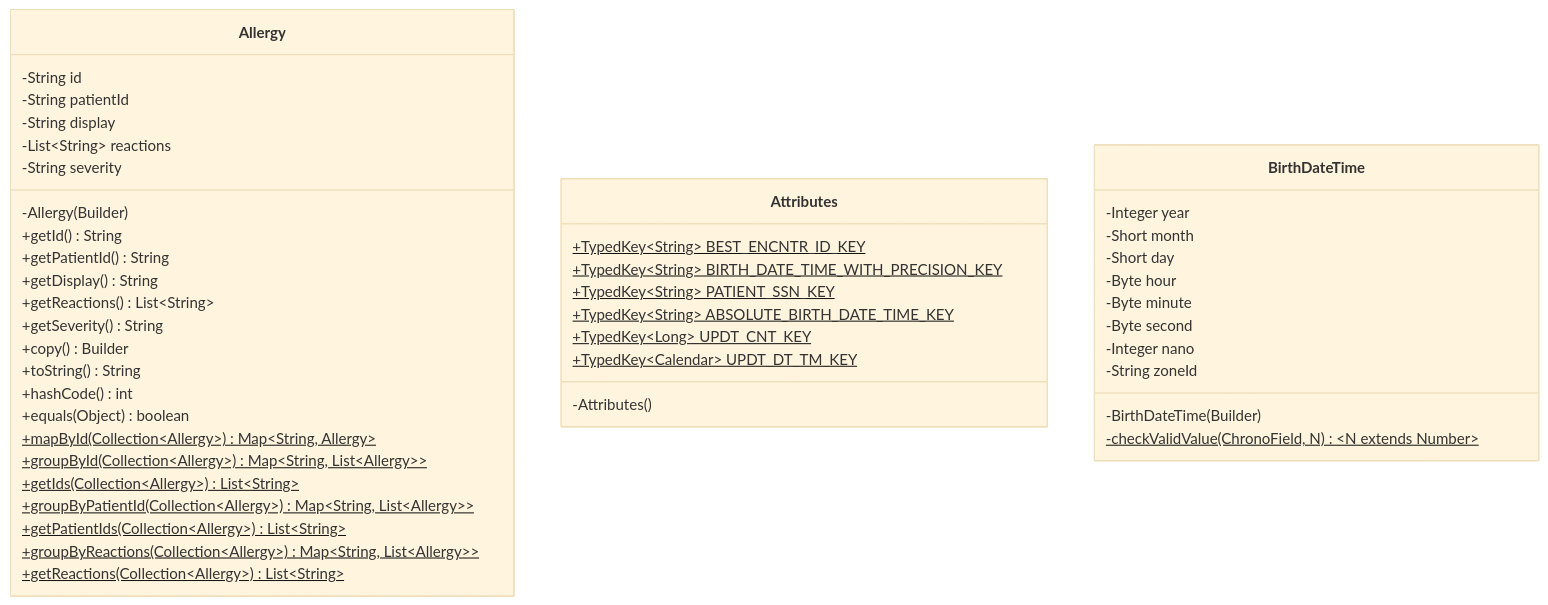
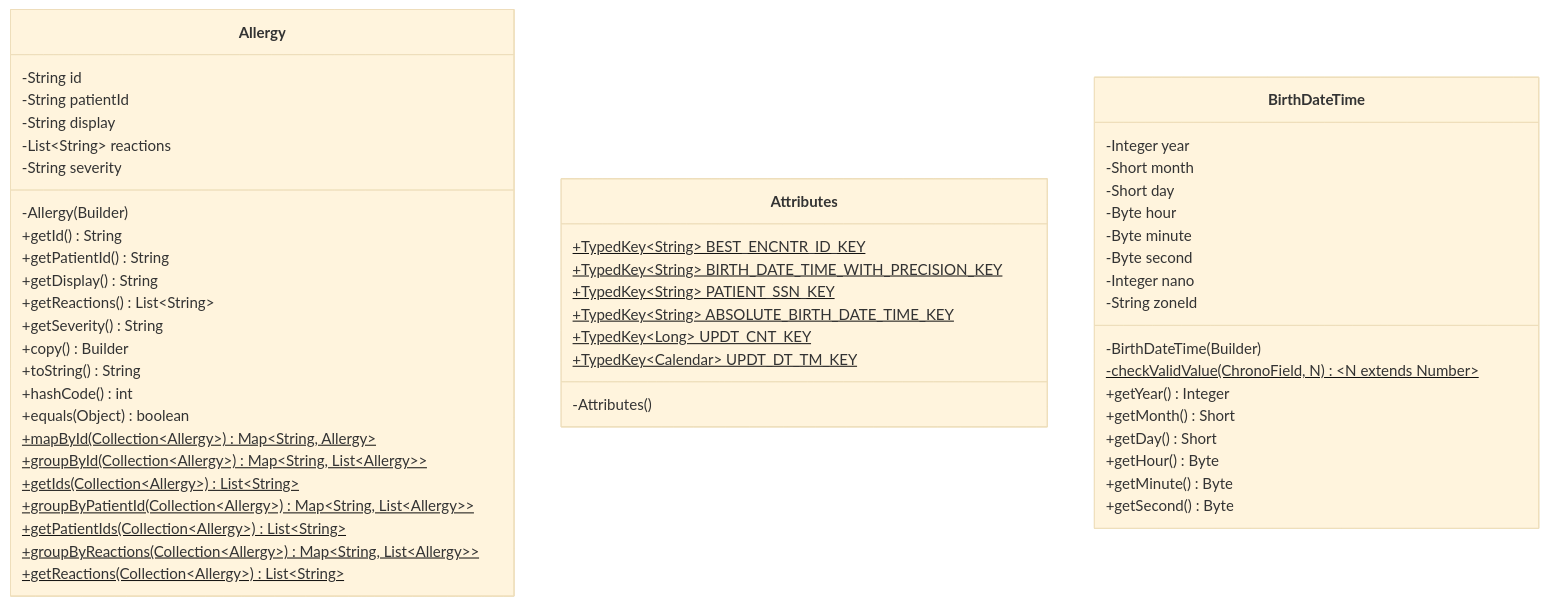
The diagram in README.md (abhishek171287/FACE-RECOGNITION-ATTENDANCE-SYSTEM-USING-RASPBERRY-PI), drawn with Mermaid (base theme) before and after one commit.

````diff
--- a/README.md
+++ b/README.md
@@ -6,50 +6,56 @@
 ```mermaid
 classDiagram
     class Allergy{
         -String id
         -String patientId
         -String display
         -List~String~ reactions
         -String severity
         -Allergy(Builder)
         +getId() String
         +getPatientId() String
         +getDisplay() String
         +getReactions() List~String~
         +getSeverity() String
         +copy() Builder
         +toString() String
         +hashCode() int
         +equals(Object) boolean
         +mapById(Collection~Allergy~)$ Map&lt;String, Allergy&gt;
         +groupById(Collection~Allergy~)$ Map&lt;String, List~Allergy~&gt;
         +getIds(Collection~Allergy~)$ List~String~
         +groupByPatientId(Collection~Allergy~)$ Map&lt;String, List~Allergy~&gt;
         +getPatientIds(Collection~Allergy~)$ List~String~
         +groupByReactions(Collection~Allergy~)$ Map&lt;String, List~Allergy~&gt;
         +getReactions(Collection~Allergy~)$ List~String~
     }
 
     class Attributes{
         +TypedKey~String~  BEST_ENCNTR_ID_KEY$
         +TypedKey~String~ BIRTH_DATE_TIME_WITH_PRECISION_KEY$
         +TypedKey~String~ PATIENT_SSN_KEY$
         +TypedKey~String~ ABSOLUTE_BIRTH_DATE_TIME_KEY$
         +TypedKey~Long~ UPDT_CNT_KEY$
         +TypedKey~Calendar~ UPDT_DT_TM_KEY$
         -Attributes()
     }
 
     class BirthDateTime{
         -Integer year
         -Short month
         -Short day
         -Byte hour
         -Byte minute
         -Byte second
         -Integer nano
         -String zoneId
         -BirthDateTime(Builder)
         -checkValidValue(ChronoField, N)$ &lt;N extends Number&gt;
+        +getYear() Integer
+        +getMonth() Short
+        +getDay() Short
+        +getHour() Byte
+        +getMinute() Byte
+        +getSecond() Byte
     }
   ```
````
